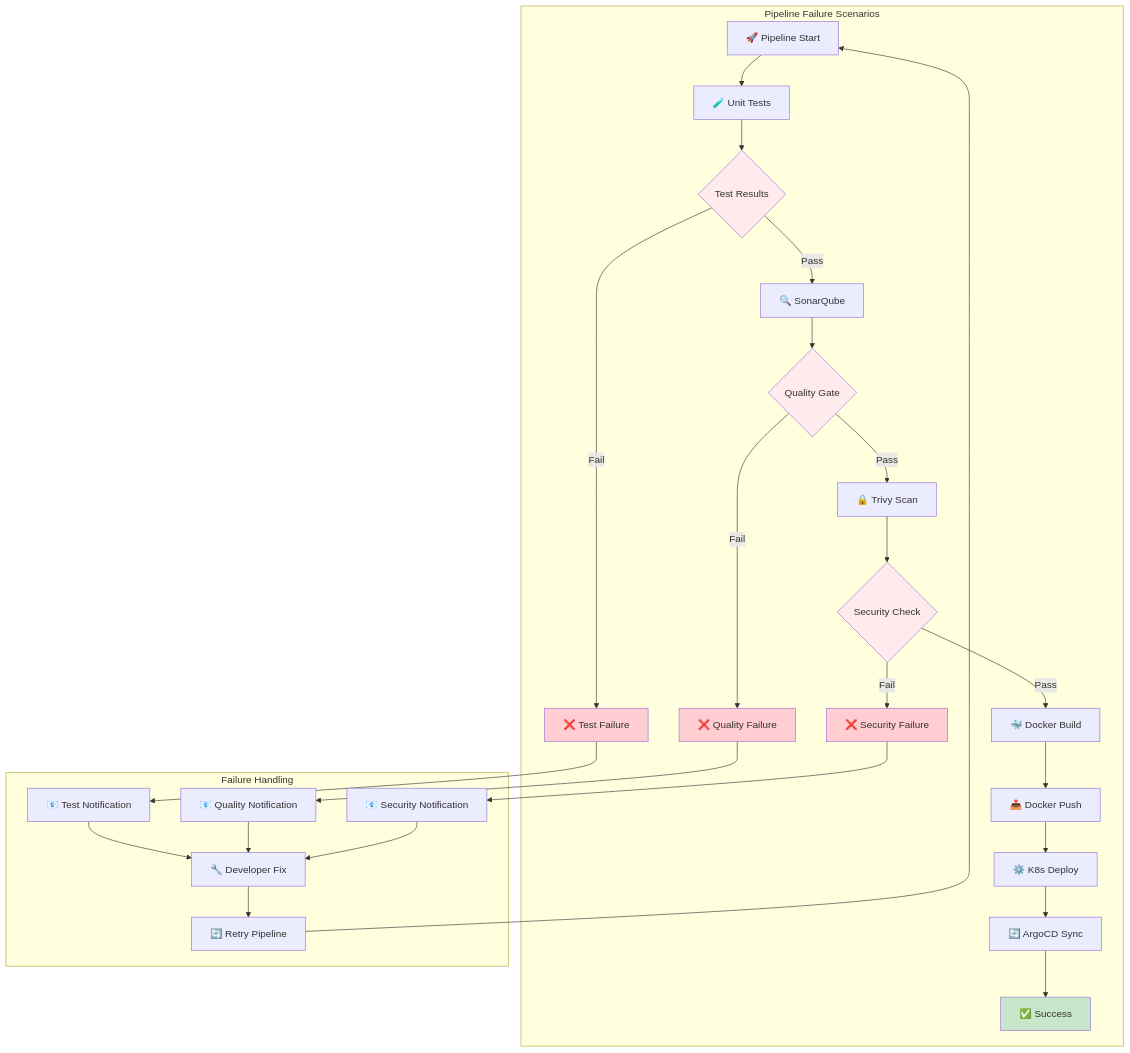
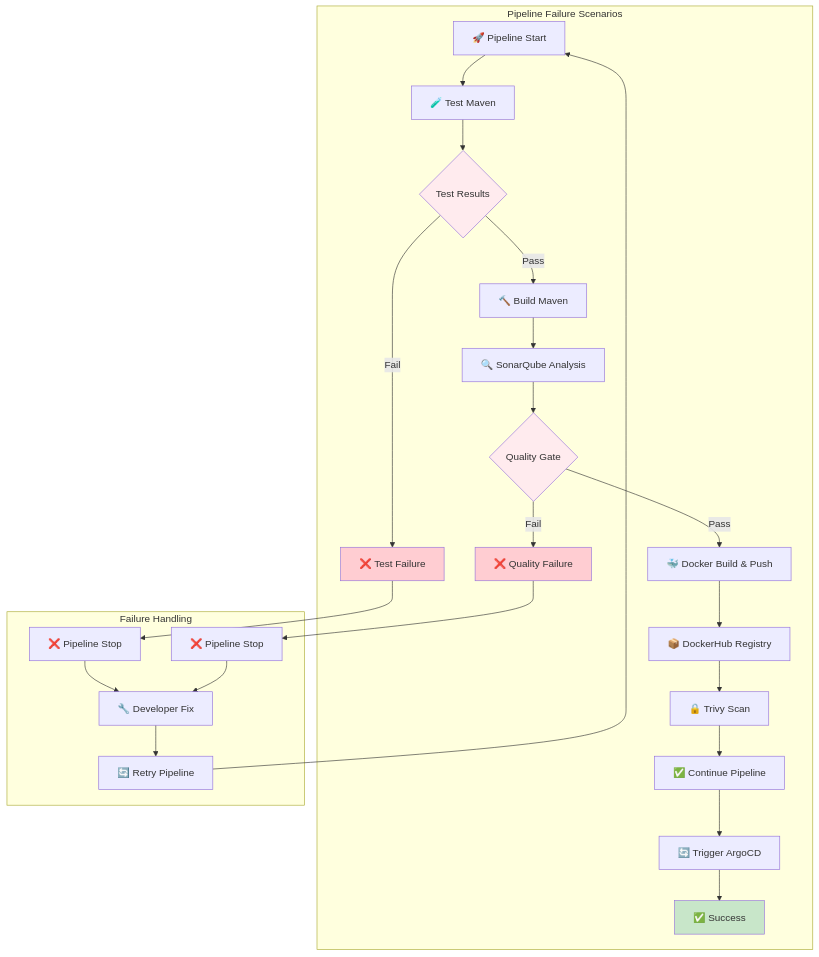
One commit to onurglr/aws-pipeline changed the ninth of 9 diagrams in detailed-devops-diagrams.md. Above: the diagram before and after it, drawn with Mermaid. The commit also changed other lines of this file and 1 other file, not shown here.

````diff
--- a/detailed-devops-diagrams.md
+++ b/detailed-devops-diagrams.md
@@ -392,43 +369,37 @@
 ```mermaid
 graph TB
     subgraph "Pipeline Failure Scenarios"
-        A[🚀 Pipeline Start] --> B[🧪 Unit Tests]
+        A[🚀 Pipeline Start] --> B[🧪 Test Maven]
         B --> C{Test Results}
-        C -->|Pass| D[🔍 SonarQube]
+        C -->|Pass| D[🔨 Build Maven]
         C -->|Fail| E1[❌ Test Failure]
         
-        D --> F{Quality Gate}
-        F -->|Pass| G[🔒 Trivy Scan]
+        D --> E[🔍 SonarQube Analysis]
+        E --> F{Quality Gate}
+        F -->|Pass| G[🐳 Docker Build & Push]
         F -->|Fail| E2[❌ Quality Failure]
         
-        G --> H{Security Check}
-        H -->|Pass| I[🐳 Docker Build]
-        H -->|Fail| E3[❌ Security Failure]
-        
-        I --> J[📤 Docker Push]
-        J --> K[⚙️ K8s Deploy]
-        K --> L[🔄 ArgoCD Sync]
-        L --> M[✅ Success]
+        G --> H[📦 DockerHub Registry]
+        H --> I[🔒 Trivy Scan]
+        I --> J[✅ Continue Pipeline]
+        J --> K[🔄 Trigger ArgoCD]
+        K --> L[✅ Success]
     end
     
     subgraph "Failure Handling"
-        E1 --> N1[📧 Test Notification]
-        E2 --> N2[📧 Quality Notification]
-        E3 --> N3[📧 Security Notification]
+        E1 --> N1[❌ Pipeline Stop]
+        E2 --> N2[❌ Pipeline Stop]
         
         N1 --> O[🔧 Developer Fix]
         N2 --> O
-        N3 --> O
         
         O --> P[🔄 Retry Pipeline]
         P --> A
     end
     
     style C fill:#ffebee
     style F fill:#ffebee
-    style H fill:#ffebee
     style E1 fill:#ffcdd2
     style E2 fill:#ffcdd2
-    style E3 fill:#ffcdd2
-    style M fill:#c8e6c9
+    style L fill:#c8e6c9
 ```
````
